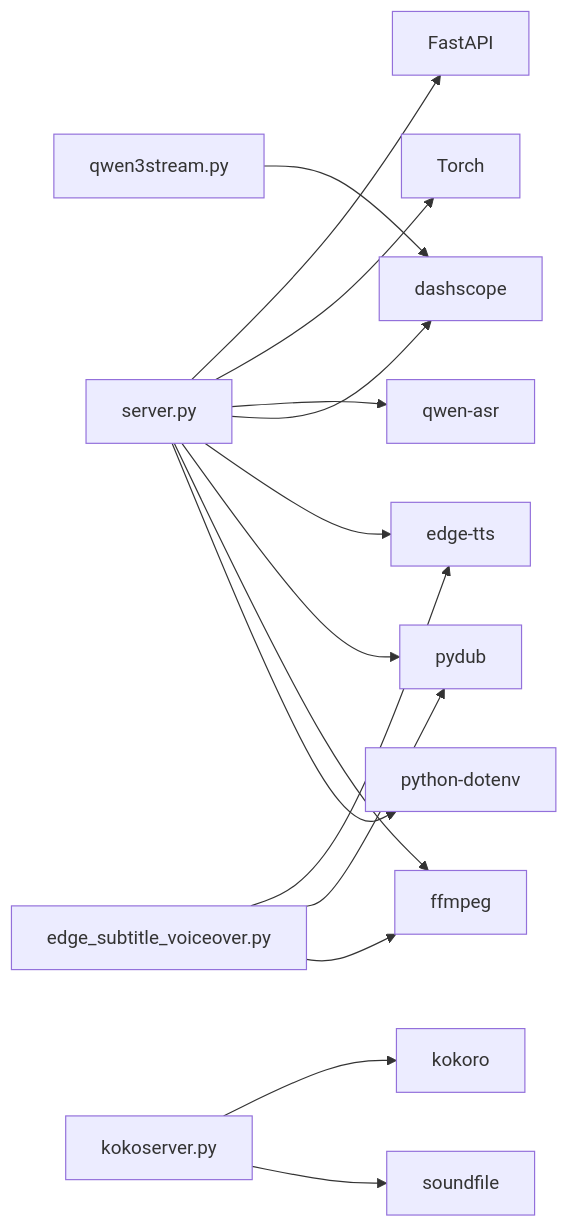
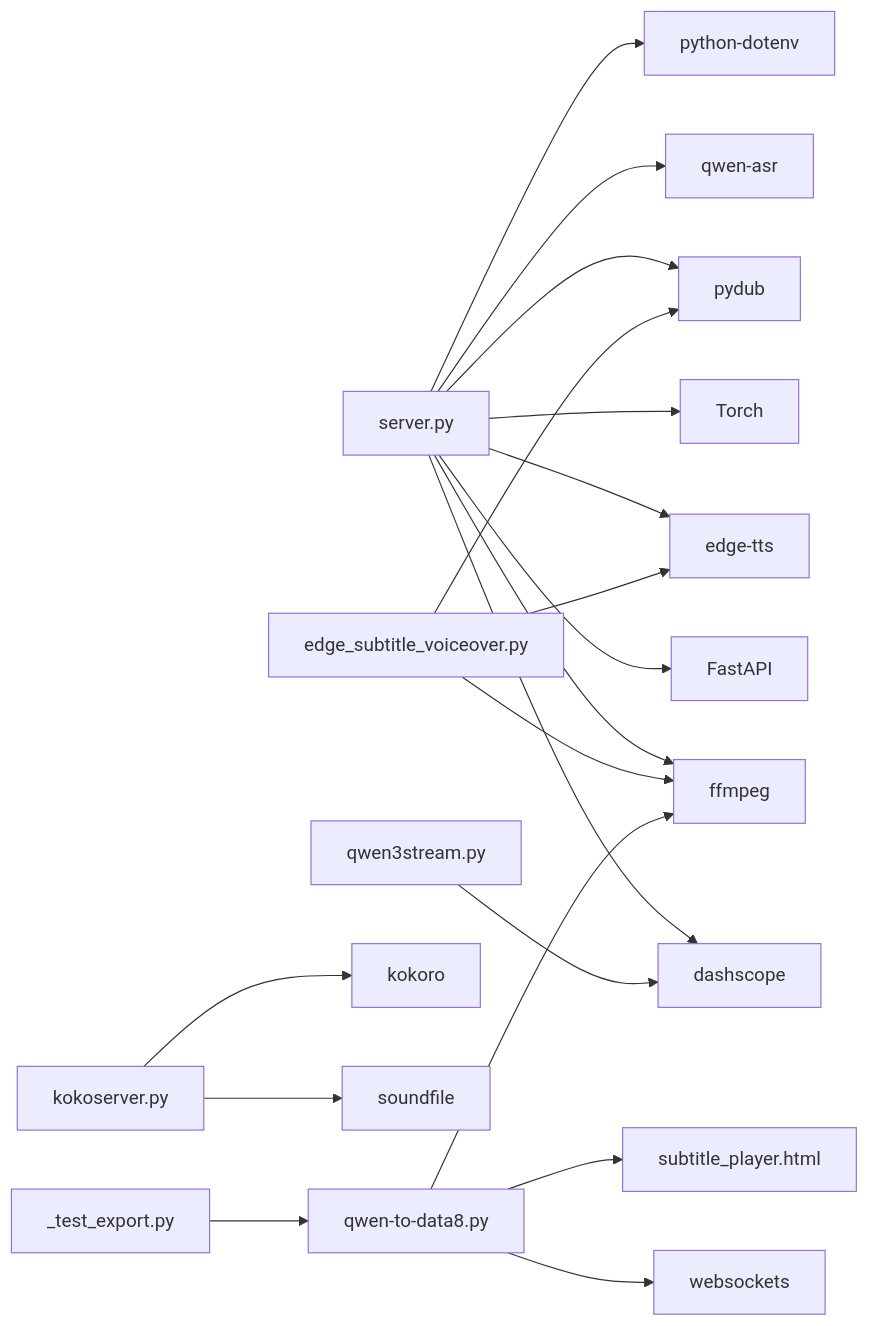
One commit to 1024dashen/Vue3Speech changed the fifth of 5 diagrams in .qoder/repowiki/zh/content/后端服务架构/API端点设计.md. Above: the diagram before and after it, drawn with Mermaid. The commit also changed other lines of this file and 15 other files, not shown here.

````diff
--- a/.qoder/repowiki/zh/content/后端服务架构/API端点设计.md
+++ b/.qoder/repowiki/zh/content/后端服务架构/API端点设计.md
@@ -450,17 +563,21 @@
 ```mermaid
 graph LR
 S["server.py"] --> F["FastAPI"]
 S --> T["Torch"]
 S --> QA["qwen-asr"]
 S --> DS["dashscope"]
 S --> ET["edge-tts"]
 S --> PD["pydub"]
 S --> FF["ffmpeg"]
 S --> DV["python-dotenv"]
 E["edge_subtitle_voiceover.py"] --> ET
 E --> PD
 E --> FF
 Q["qwen3stream.py"] --> DS
 K["kokoserver.py"] --> KM["kokoro"]
 K --> SF["soundfile"]
+D8["qwen-to-data8.py"] --> WS["websockets"]
+D8 --> FF
+D8 --> SP["subtitle_player.html"]
+TE["_test_export.py"] --> D8
 ```
````
